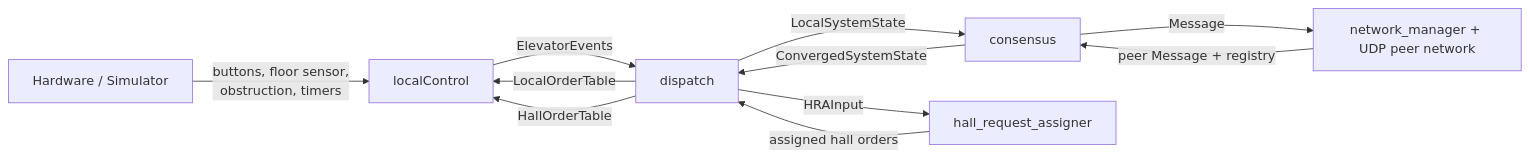
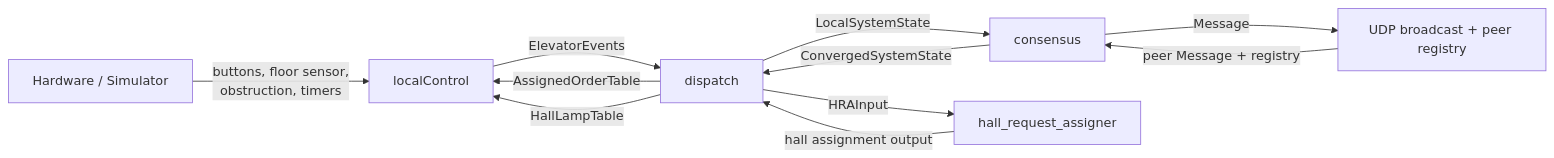
The diagram in README.md (JesperVigtel/TTK4145_Sanntid), drawn with Mermaid before and after one commit. The commit also changed other lines of this file, not shown here.

````diff
--- a/README.md
+++ b/README.md
@@ -44,20 +59,20 @@
 ```mermaid
 flowchart LR
     HW["Hardware / Simulator"]
     LC["localControl"]
     DIS["dispatch"]
     CON["consensus"]
-    NET["network_manager + UDP peer network"]
+    NET["UDP broadcast + peer registry"]
     HRA["hall_request_assigner"]
 
     HW -->|"buttons, floor sensor,\nobstruction, timers"| LC
     LC -->|"ElevatorEvents"| DIS
     DIS -->|"LocalSystemState"| CON
     CON -->|"ConvergedSystemState"| DIS
     DIS -->|"HRAInput"| HRA
-    HRA -->|"assigned hall orders"| DIS
-    DIS -->|"LocalOrderTable"| LC
-    DIS -->|"HallOrderTable"| LC
+    HRA -->|"hall assignment output"| DIS
+    DIS -->|"AssignedOrderTable"| LC
+    DIS -->|"HallLampTable"| LC
     CON -->|"Message"| NET
     NET -->|"peer Message + registry"| CON
 ```
````
